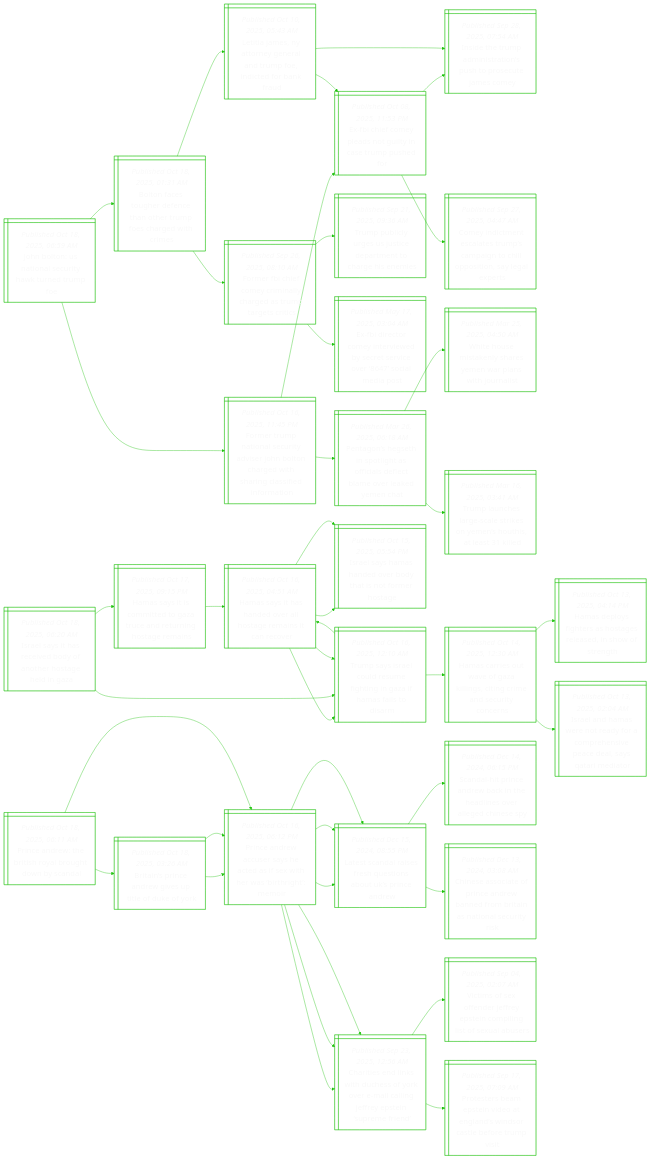
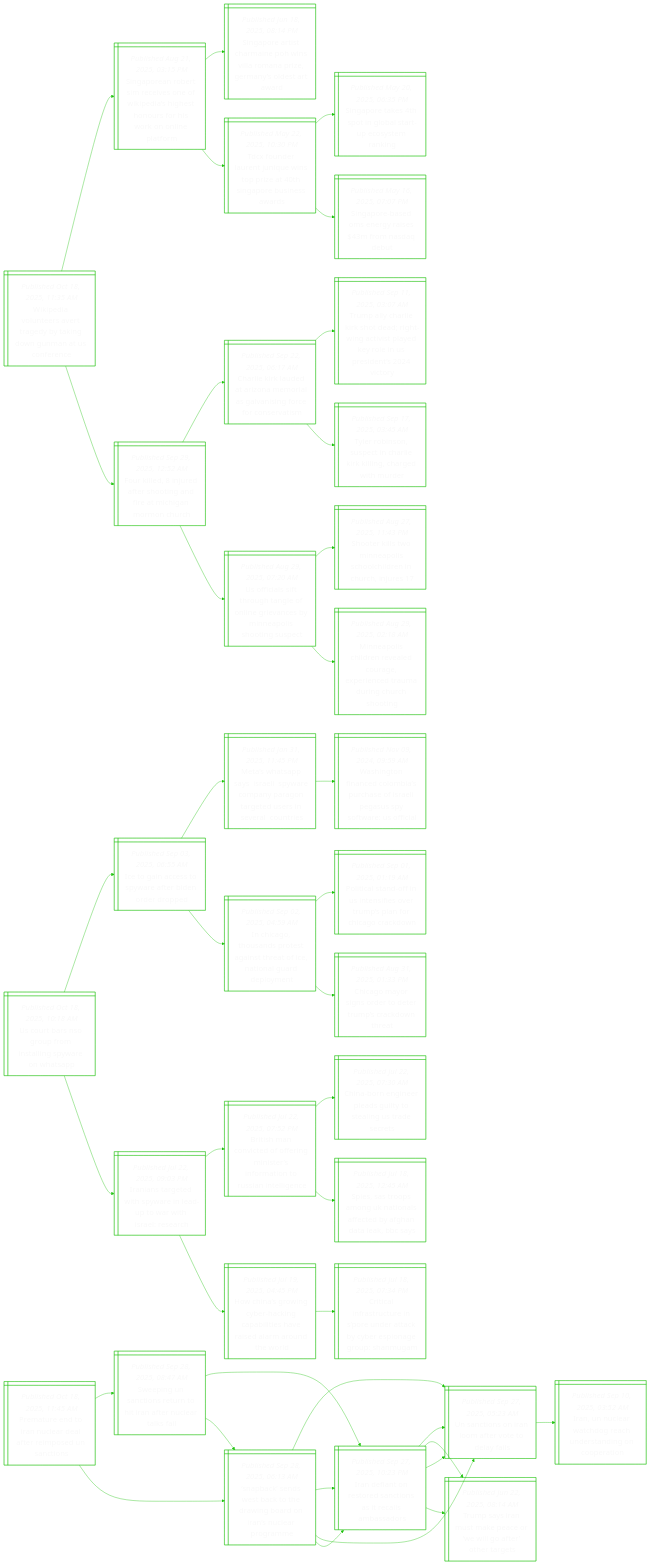
One commit to notJmes/notJmes changed the diagram in README.md. Above: the diagram before and after it, drawn with Mermaid. The commit also changed other lines of this file, not shown here.

````diff
--- a/README.md
+++ b/README.md
@@ -16,133 +16,127 @@
 flowchart LR
 classDef txtsize font-size:20px;
 
-JoUisiwnue@{ shape: win-pane, label: "_Published Oct 18, 2025, 06:59 AM_
-John bolton: us national security hawk turned trump foe" }
-Frpoetiolhdsnseoi@{ shape: win-pane, label: "_Published Oct 16, 2025, 11:45 PM_
-Former trump national security adviser john bolton charged with sharing classified information" }
-EcCpsuiepe@{ shape: win-pane, label: "_Published Oct 08, 2025, 11:53 PM_
-Ex-fbi chief comey pleads not guilty in case trump pushed for" }
-Ierdsiupcao@{ shape: win-pane, label: "_Published Sep 28, 2025, 07:54 AM_
-Inside the trump administration’s push to prosecute james comey" }
-Citearcicoisgp@{ shape: win-pane, label: "_Published Sep 27, 2025, 04:47 AM_
-Comey indictment escalates trump’s campaign to chill opposition, say legal experts" }
-PgehohfafboeYc@{ shape: win-pane, label: "_Published Mar 26, 2025, 06:18 AM_
-Pentagon’s hegseth in spotlight as officials deflect blame over leaked yemen chat" }
-WHmkssnliui@{ shape: win-pane, label: "_Published Mar 25, 2025, 04:50 AM_
-White house mistakenly shares yemen war plans with journalist" }
-Tlhraroeuasl@{ shape: win-pane, label: "_Published Mar 16, 2025, 03:41 AM_
-Trump launches large-scale strikes on yemen’s houthis, at least 31 killed" }
-Bnshfttroawr@{ shape: win-pane, label: "_Published Oct 18, 2025, 01:31 AM_
-Bolton faces tougher defence than other trump foes charged with crimes" }
-Frhorahdurcc@{ shape: win-pane, label: "_Published Sep 26, 2025, 08:10 AM_
-Former fbi chief comey criminally charged as trump targets critics" }
-TpcgJcanhhe@{ shape: win-pane, label: "_Published Sep 21, 2025, 09:36 AM_
-Trump publicly urges us justice department to charge his enemies" }
-Edtmteyevvceo@{ shape: win-pane, label: "_Published May 17, 2025, 03:04 AM_
-Ex-fbi director comey interviewed by secret service over ‘8647’ social media post" }
-Lieteenmitrf@{ shape: win-pane, label: "_Published Oct 10, 2025, 05:43 AM_
-Letitia james, ny attorney general and trump foe, indicted for bank fraud" }
-EcCpsuiepe@{ shape: win-pane, label: "_Published Oct 08, 2025, 11:53 PM_
-Ex-fbi chief comey pleads not guilty in case trump pushed for" }
-Ierdsiupcao@{ shape: win-pane, label: "_Published Sep 28, 2025, 07:54 AM_
-Inside the trump administration’s push to prosecute james comey" }
+Ptnrcdfessi@{ shape: win-pane, label: "_Published Oct 18, 2025, 11:45 AM_
+Premature end to iran nuclear deal after reimposed un sanctions" }
+SisietIfurs@{ shape: win-pane, label: "_Published Sep 28, 2025, 08:47 AM_
+Sweeping un sanctions return to hit iran after nuclear talks fail" }
+Ietsdtaessr@{ shape: win-pane, label: "_Published Sep 27, 2025, 10:23 PM_
+Iran defiant on restored sanctions as it recalls ambassadors" }
+Ucsamrtal@{ shape: win-pane, label: "_Published Sep 27, 2025, 05:23 AM_
+Un sanctions on iran loom after vote to delay fails" }
+Tsrseeworre@{ shape: win-pane, label: "_Published Jun 22, 2025, 08:14 AM_
+Trump says iran must make peace or ‘we will go after’ other targets" }
+SanskeiaInage@{ shape: win-pane, label: "_Published Sep 28, 2025, 06:13 AM_
+‘snapback’ sends west back to the drawing board on iran’s nuclear programme" }
+Ucsamrtal@{ shape: win-pane, label: "_Published Sep 27, 2025, 05:23 AM_
+Un sanctions on iran loom after vote to delay fails" }
+Ietsdtaessr@{ shape: win-pane, label: "_Published Sep 27, 2025, 10:23 PM_
+Iran defiant on restored sanctions as it recalls ambassadors" }
+SanskeiaInage@{ shape: win-pane, label: "_Published Sep 28, 2025, 06:13 AM_
+‘snapback’ sends west back to the drawing board on iran’s nuclear programme" }
+Ucsamrtal@{ shape: win-pane, label: "_Published Sep 27, 2025, 05:23 AM_
+Un sanctions on iran loom after vote to delay fails" }
+INetghrdneo@{ shape: win-pane, label: "_Published Sep 10, 2025, 03:52 AM_
+Iran, un nuclear watchdog reach understanding on cooperation" }
+Ietsdtaessr@{ shape: win-pane, label: "_Published Sep 27, 2025, 10:23 PM_
+Iran defiant on restored sanctions as it recalls ambassadors" }
+Ucsamrtal@{ shape: win-pane, label: "_Published Sep 27, 2025, 05:23 AM_
+Un sanctions on iran loom after vote to delay fails" }
+Tsrseeworre@{ shape: win-pane, label: "_Published Jun 22, 2025, 08:14 AM_
+Trump says iran must make peace or ‘we will go after’ other targets" }
 
-JoUisiwnue:::txtsize --> Frpoetiolhdsnseoi:::txtsize
-Frpoetiolhdsnseoi:::txtsize --> EcCpsuiepe:::txtsize
-EcCpsuiepe:::txtsize --> Ierdsiupcao:::txtsize
-EcCpsuiepe:::txtsize --> Citearcicoisgp:::txtsize
-Frpoetiolhdsnseoi:::txtsize --> PgehohfafboeYc:::txtsize
-PgehohfafboeYc:::txtsize --> WHmkssnliui:::txtsize
-PgehohfafboeYc:::txtsize --> Tlhraroeuasl:::txtsize
-JoUisiwnue:::txtsize --> Bnshfttroawr:::txtsize
-Bnshfttroawr:::txtsize --> Frhorahdurcc:::txtsize
-Frhorahdurcc:::txtsize --> TpcgJcanhhe:::txtsize
-Frhorahdurcc:::txtsize --> Edtmteyevvceo:::txtsize
-Bnshfttroawr:::txtsize --> Lieteenmitrf:::txtsize
-Lieteenmitrf:::txtsize --> EcCpsuiepe:::txtsize
-Lieteenmitrf:::txtsize --> Ierdsiupcao:::txtsize
+Ptnrcdfessi:::txtsize --> SisietIfurs:::txtsize
+SisietIfurs:::txtsize --> Ietsdtaessr:::txtsize
+Ietsdtaessr:::txtsize --> Ucsamrtal:::txtsize
+Ietsdtaessr:::txtsize --> Tsrseeworre:::txtsize
+SisietIfurs:::txtsize --> SanskeiaInage:::txtsize
+SanskeiaInage:::txtsize --> Ucsamrtal:::txtsize
+SanskeiaInage:::txtsize --> Ietsdtaessr:::txtsize
+Ptnrcdfessi:::txtsize --> SanskeiaInage:::txtsize
+SanskeiaInage:::txtsize --> Ucsamrtal:::txtsize
+Ucsamrtal:::txtsize --> INetghrdneo:::txtsize
+SanskeiaInage:::txtsize --> Ietsdtaessr:::txtsize
+Ietsdtaessr:::txtsize --> Ucsamrtal:::txtsize
+Ietsdtaessr:::txtsize --> Tsrseeworre:::txtsize
 
-Ilirvdnrala@{ shape: win-pane, label: "_Published Oct 18, 2025, 06:20 AM_
-Israel says it has received body of another hostage held in gaza" }
-Hstmeaudrhga@{ shape: win-pane, label: "_Published Oct 17, 2025, 09:15 PM_
-Hamas says it is committed to gaza truce and returning hostage remains" }
-Hstaoltesnv@{ shape: win-pane, label: "_Published Oct 16, 2025, 04:51 AM_
-Hamas says it has handed over all hostage remains it can recover" }
-Tsscretniali@{ shape: win-pane, label: "_Published Oct 16, 2025, 12:10 AM_
-Trump says israel could resume fighting in gaza if hamas fails to disarm" }
-IlHhdbhnroe@{ shape: win-pane, label: "_Published Oct 15, 2025, 05:54 PM_
-Israel says hamas handed over body that is not former hostage" }
-Tsscretniali@{ shape: win-pane, label: "_Published Oct 16, 2025, 12:10 AM_
-Trump says israel could resume fighting in gaza if hamas fails to disarm" }
-Hcewfkntrnucr@{ shape: win-pane, label: "_Published Oct 14, 2025, 12:30 AM_
-Hamas carries out wave of gaza killings, citing crime and security concerns" }
-Hdyhatrssfn@{ shape: win-pane, label: "_Published Oct 13, 2025, 04:14 PM_
-Hamas deploys fighters as hostages released, in show of strength" }
-Ilaetyceiaasri@{ shape: win-pane, label: "_Published Oct 13, 2025, 02:04 AM_
-Israel and hamas were not ready for a comprehensive peace deal, says qatari mediator" }
-Hstaoltesnv@{ shape: win-pane, label: "_Published Oct 16, 2025, 04:51 AM_
-Hamas says it has handed over all hostage remains it can recover" }
-Tsscretniali@{ shape: win-pane, label: "_Published Oct 16, 2025, 12:10 AM_
-Trump says israel could resume fighting in gaza if hamas fails to disarm" }
-IlHhdbhnroe@{ shape: win-pane, label: "_Published Oct 15, 2025, 05:54 PM_
-Israel says hamas handed over body that is not former hostage" }
+Weoevrykontnn@{ shape: win-pane, label: "_Published Oct 18, 2025, 11:35 AM_
+Wikipedia volunteers avert tragedy by taking down gunman at us conference" }
+Spnrrvekighrhrnpo@{ shape: win-pane, label: "_Published Aug 21, 2025, 03:15 PM_
+Singaporean robert sim receives one of wikipedia’s highest honours for his work on online platform" }
+SprCaosanzmotw@{ shape: win-pane, label: "_Published Jun 18, 2025, 08:14 PM_
+Singapore artist charmaine poh wins villa romana prize, germany’s oldest art award" }
+TorenwozhaBea@{ shape: win-pane, label: "_Published May 22, 2025, 10:30 PM_
+Tdcx founder laurent junique wins top prize at 40th singapore business awards" }
+Spahibaesag@{ shape: win-pane, label: "_Published May 20, 2025, 06:35 PM_
+Singapore takes 4th spot in global start-up ecosystem ranking" }
+SpaMrifad@{ shape: win-pane, label: "_Published May 16, 2025, 07:07 PM_
+Singapore-based oms energy raises $43m from nasdaq debut" }
+Fiieeoariamu@{ shape: win-pane, label: "_Published Sep 29, 2025, 12:52 AM_
+Four killed, 8 injured after shooting and fire at michigan mormon church" }
+Cikerarsanccrs@{ shape: win-pane, label: "_Published Sep 22, 2025, 06:17 AM_
+Charlie kirk lauded at arizona memorial as galvanising force for conservatism" }
+TahesegnipdoUstt@{ shape: win-pane, label: "_Published Sep 11, 2025, 03:07 AM_
+Trump ally charlie kirk shot dead; right-wing activist played key role in us president’s 2024 victory" }
+TRssirilcehe@{ shape: win-pane, label: "_Published Sep 17, 2025, 03:45 AM_
+Tyler robinson, suspect in charlie kirk killing, charged with murder" }
+Uistggoevsnohnp@{ shape: win-pane, label: "_Published Aug 29, 2025, 07:20 AM_
+Us officials sift through tangle of online grievances by minneapolis shooting suspect" }
+SelMasolirj@{ shape: win-pane, label: "_Published Aug 27, 2025, 11:43 PM_
+Shooter kills two minneapolis schoolchildren in church, injures 17" }
+Masdeerxetanrog@{ shape: win-pane, label: "_Published Aug 29, 2025, 02:18 AM_
+Minneapolis children revealed courage, experienced trauma during church shooting" }
 
-Ilirvdnrala:::txtsize --> Hstmeaudrhga:::txtsize
-Hstmeaudrhga:::txtsize --> Hstaoltesnv:::txtsize
-Hstaoltesnv:::txtsize --> Tsscretniali:::txtsize
-Hstaoltesnv:::txtsize --> IlHhdbhnroe:::txtsize
-Ilirvdnrala:::txtsize --> Tsscretniali:::txtsize
-Tsscretniali:::txtsize --> Hcewfkntrnucr:::txtsize
-Hcewfkntrnucr:::txtsize --> Hdyhatrssfn:::txtsize
-Hcewfkntrnucr:::txtsize --> Ilaetyceiaasri:::txtsize
-Tsscretniali:::txtsize --> Hstaoltesnv:::txtsize
-Hstaoltesnv:::txtsize --> Tsscretniali:::txtsize
-Hstaoltesnv:::txtsize --> IlHhdbhnroe:::txtsize
+Weoevrykontnn:::txtsize --> Spnrrvekighrhrnpo:::txtsize
+Spnrrvekighrhrnpo:::txtsize --> SprCaosanzmotw:::txtsize
+Spnrrvekighrhrnpo:::txtsize --> TorenwozhaBea:::txtsize
+TorenwozhaBea:::txtsize --> Spahibaesag:::txtsize
+TorenwozhaBea:::txtsize --> SpaMrifad:::txtsize
+Weoevrykontnn:::txtsize --> Fiieeoariamu:::txtsize
+Fiieeoariamu:::txtsize --> Cikerarsanccrs:::txtsize
+Cikerarsanccrs:::txtsize --> TahesegnipdoUstt:::txtsize
+Cikerarsanccrs:::txtsize --> TRssirilcehe:::txtsize
+Fiieeoariamu:::txtsize --> Uistggoevsnohnp:::txtsize
+Uistggoevsnohnp:::txtsize --> SelMasolirj:::txtsize
+Uistggoevsnohnp:::txtsize --> Masdeerxetanrog:::txtsize
 
-PeeBsauosa@{ shape: win-pane, label: "_Published Oct 18, 2025, 06:11 AM_
-Prince andrew: the british royal brought down by scandal" }
-BiinguluY@{ shape: win-pane, label: "_Published Oct 18, 2025, 03:26 AM_
-Britain’s prince andrew gives up title of duke of york" }
-Peeuaaaehatho@{ shape: win-pane, label: "_Published Oct 16, 2025, 06:12 PM_
-Prince andrew accuser says he acted as if sex with her was ‘birthright’: memoir" }
-Ltdiruooscr@{ shape: win-pane, label: "_Published Dec 15, 2024, 08:55 PM_
-Latest scandal raises fresh questions about uk’s prince andrew" }
-CtnkheYvalJetuen@{ shape: win-pane, label: "_Published Sep 23, 2025, 12:56 AM_
-Charities end links with duchess of york over e-mail calling jeffrey epstein ‘supreme friend’" }
-Peeuaaaehatho@{ shape: win-pane, label: "_Published Oct 16, 2025, 06:12 PM_
-Prince andrew accuser says he acted as if sex with her was ‘birthright’: memoir" }
-Ltdiruooscr@{ shape: win-pane, label: "_Published Dec 15, 2024, 08:55 PM_
-Latest scandal raises fresh questions about uk’s prince andrew" }
-CtnkheYvalJetuen@{ shape: win-pane, label: "_Published Sep 23, 2025, 12:56 AM_
-Charities end links with duchess of york over e-mail calling jeffrey epstein ‘supreme friend’" }
-Peeuaaaehatho@{ shape: win-pane, label: "_Published Oct 16, 2025, 06:12 PM_
-Prince andrew accuser says he acted as if sex with her was ‘birthright’: memoir" }
-Ltdiruooscr@{ shape: win-pane, label: "_Published Dec 15, 2024, 08:55 PM_
-Latest scandal raises fresh questions about uk’s prince andrew" }
-SaPeekeloldey@{ shape: win-pane, label: "_Published Dec 14, 2024, 06:15 PM_
-Scandal-hit prince andrew back in the headlines over alleged chinese spy" }
-CsoeinbdBiaaur@{ shape: win-pane, label: "_Published Dec 13, 2024, 03:08 AM_
-Chinese associate of prince andrew banned from britain as national security risk" }
-CtnkheYvalJetuen@{ shape: win-pane, label: "_Published Sep 23, 2025, 12:56 AM_
-Charities end links with duchess of york over e-mail calling jeffrey epstein ‘supreme friend’" }
-VmeeJetoisear@{ shape: win-pane, label: "_Published Sep 04, 2025, 02:07 AM_
-Victims of sex offender jeffrey epstein compiling list of sexual abusers" }
-PsbpnogssseTv@{ shape: win-pane, label: "_Published Sep 17, 2025, 07:09 AM_
-Protesters beam epstein video at england’s windsor castle before trump visit" }
+Ursrrsiyot@{ shape: win-pane, label: "_Published Oct 18, 2025, 10:18 AM_
+Us court bars nso group from installing spyware on whatsapp" }
+Igctwfirrd@{ shape: win-pane, label: "_Published Sep 03, 2025, 06:55 AM_
+Ice to gain access to spyware after biden order dropped" }
+MWAyapearttesans@{ shape: win-pane, label: "_Published Jan 31, 2025, 11:45 PM_
+Meta’s whatsapp says  israeli  spyware company paragon targeted users in several  countries" }
+Wnfclacoaesorfa@{ shape: win-pane, label: "_Published Nov 09, 2024, 09:59 AM_
+Washington financed colombia’s purchase of israeli pegasus spy software: us official" }
+IchnoaseItldot@{ shape: win-pane, label: "_Published Sep 02, 2025, 04:59 AM_
+In chicago, thousands protest against threat of ice, national guard deployment" }
+PitfSnerpnhok@{ shape: win-pane, label: "_Published Sep 01, 2025, 01:19 AM_
+Political stand-off in us intensifies over trump’s plan for chicago crackdown" }
+Cgoneercdh@{ shape: win-pane, label: "_Published Aug 31, 2025, 01:33 PM_
+Chicago mayor signs order to deter trump’s crackdown threat" }
+IardsretwsRr@{ shape: win-pane, label: "_Published Jul 22, 2025, 09:03 PM_
+Iranians targeted with spyware in lead-up to war with israel: research" }
+Bsccfrieftoitg@{ shape: win-pane, label: "_Published Jul 22, 2025, 07:52 PM_
+British man convicted of offering minister’s information to russian intelligence" }
+CbneaiolSee@{ shape: win-pane, label: "_Published Jul 22, 2025, 07:30 AM_
+China-born engineer pleads guilty to stealing us trade secrets" }
+SSomKoatAnlBs@{ shape: win-pane, label: "_Published Jul 18, 2025, 12:45 AM_
+Spies, sas troops among uk nationals affected by afghan data leak, bbc says" }
+Hirgripihaaado@{ shape: win-pane, label: "_Published Jul 19, 2025, 04:45 PM_
+How china’s growing cyber-hacking capabilities have raised alarm around the world" }
+Ccfrrpntbeiepm@{ shape: win-pane, label: "_Published Jul 18, 2025, 07:34 PM_
+Critical infrastructure in s’pore under attack by cyber espionage group: shanmugam" }
 
-PeeBsauosa:::txtsize --> BiinguluY:::txtsize
-BiinguluY:::txtsize --> Peeuaaaehatho:::txtsize
-Peeuaaaehatho:::txtsize --> Ltdiruooscr:::txtsize
-Peeuaaaehatho:::txtsize --> CtnkheYvalJetuen:::txtsize
-BiinguluY:::txtsize --> Peeuaaaehatho:::txtsize
-Peeuaaaehatho:::txtsize --> Ltdiruooscr:::txtsize
-Peeuaaaehatho:::txtsize --> CtnkheYvalJetuen:::txtsize
-PeeBsauosa:::txtsize --> Peeuaaaehatho:::txtsize
-Peeuaaaehatho:::txtsize --> Ltdiruooscr:::txtsize
-Ltdiruooscr:::txtsize --> SaPeekeloldey:::txtsize
-Ltdiruooscr:::txtsize --> CsoeinbdBiaaur:::txtsize
-Peeuaaaehatho:::txtsize --> CtnkheYvalJetuen:::txtsize
-CtnkheYvalJetuen:::txtsize --> VmeeJetoisear:::txtsize
-CtnkheYvalJetuen:::txtsize --> PsbpnogssseTv:::txtsize
+Ursrrsiyot:::txtsize --> Igctwfirrd:::txtsize
+Igctwfirrd:::txtsize --> MWAyapearttesans:::txtsize
+MWAyapearttesans:::txtsize --> Wnfclacoaesorfa:::txtsize
+Igctwfirrd:::txtsize --> IchnoaseItldot:::txtsize
+IchnoaseItldot:::txtsize --> PitfSnerpnhok:::txtsize
+IchnoaseItldot:::txtsize --> Cgoneercdh:::txtsize
+Ursrrsiyot:::txtsize --> IardsretwsRr:::txtsize
+IardsretwsRr:::txtsize --> Bsccfrieftoitg:::txtsize
+Bsccfrieftoitg:::txtsize --> CbneaiolSee:::txtsize
+Bsccfrieftoitg:::txtsize --> SSomKoatAnlBs:::txtsize
+IardsretwsRr:::txtsize --> Hirgripihaaado:::txtsize
+Hirgripihaaado:::txtsize --> Ccfrrpntbeiepm:::txtsize
 
 ```
````
